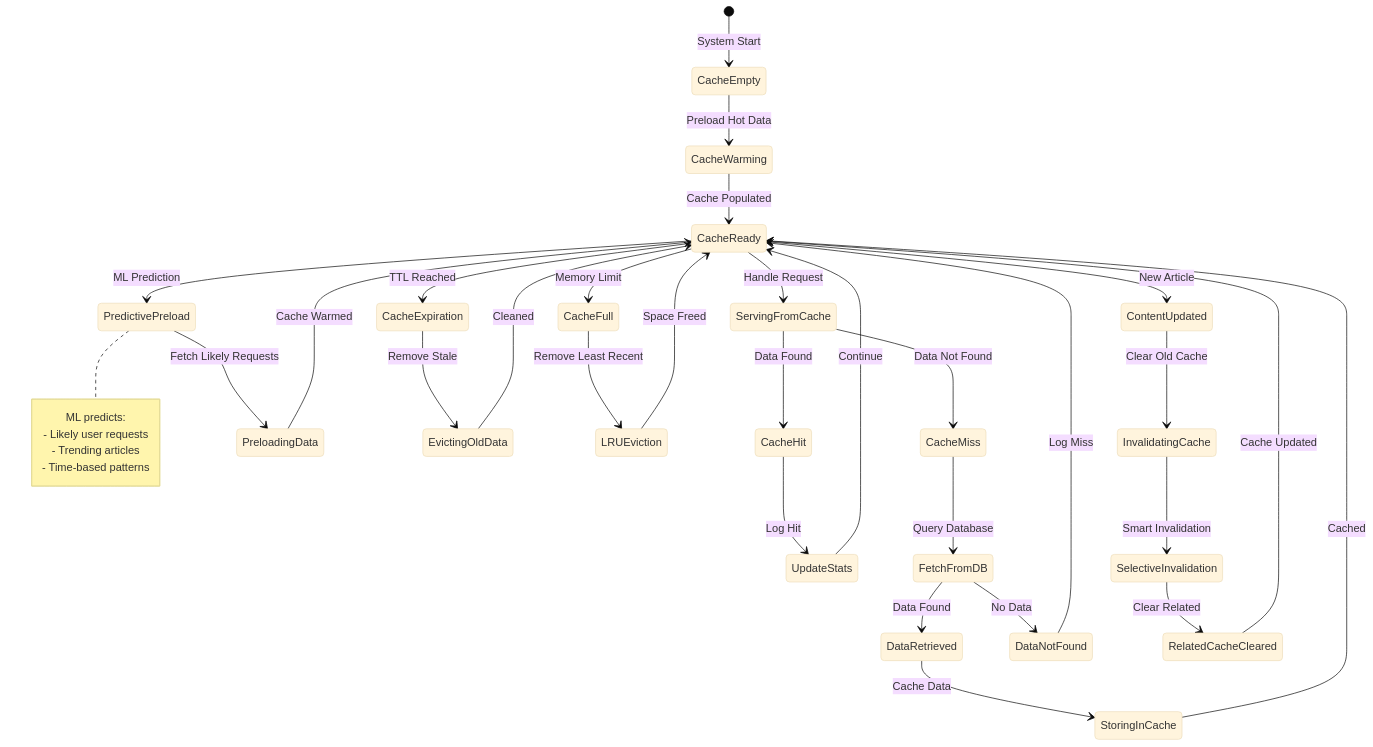
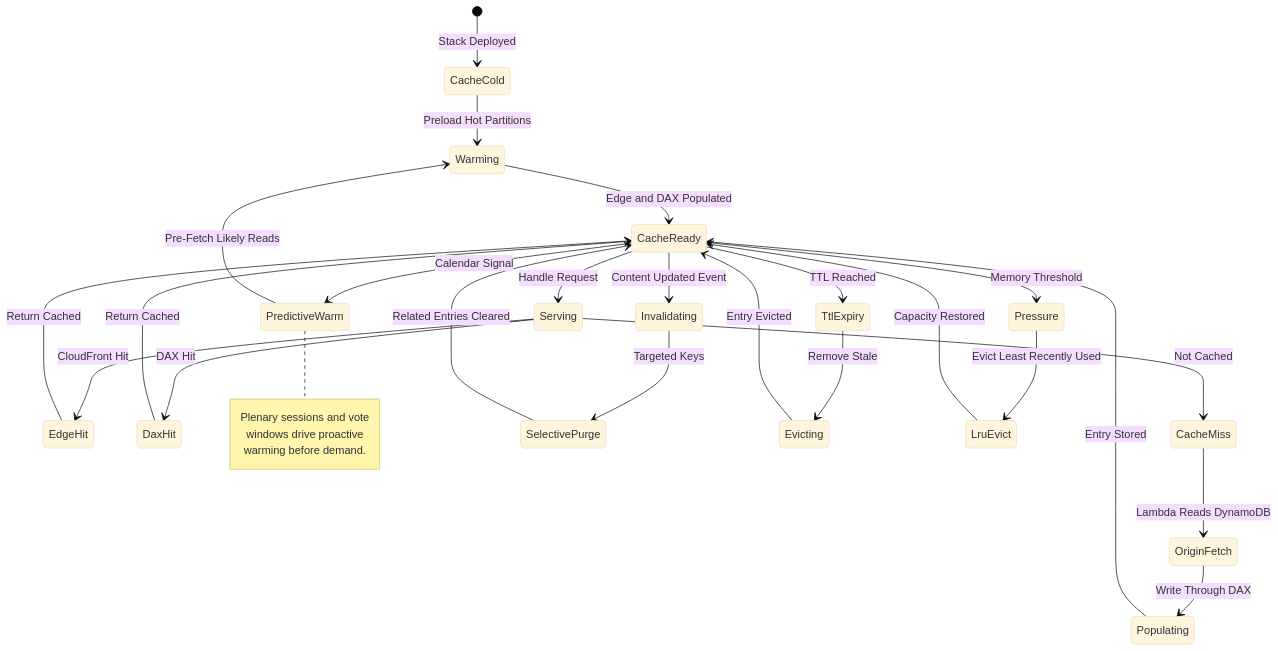
One commit to Hack23/euparliamentmonitor changed the eighth of 9 diagrams in FUTURE_STATEDIAGRAM.md. Above: the diagram before and after it, drawn with Mermaid (base theme). The commit also changed other lines of this file and 5 other files, not shown here.

Commit message:
docs: rewrite FUTURE architecture portfolio for v2.0/v3.0 all-in-AWS vision

````diff
--- a/FUTURE_STATEDIAGRAM.md
+++ b/FUTURE_STATEDIAGRAM.md
@@ -689,51 +530,40 @@
 ```mermaid
 stateDiagram-v2
-    [*] --> CacheEmpty: System Start
+    [*] --> CacheCold: Stack Deployed
 
-    CacheEmpty --> CacheWarming: Preload Hot Data
-    CacheWarming --> CacheReady: Cache Populated
+    CacheCold --> Warming: Preload Hot Partitions
+    Warming --> CacheReady: Edge and DAX Populated
 
-    CacheReady --> ServingFromCache: Handle Request
+    CacheReady --> Serving: Handle Request
+    Serving --> EdgeHit: CloudFront Hit
+    Serving --> DaxHit: DAX Hit
+    Serving --> CacheMiss: Not Cached
 
-    ServingFromCache --> CacheHit: Data Found
-    ServingFromCache --> CacheMiss: Data Not Found
+    EdgeHit --> CacheReady: Return Cached
+    DaxHit --> CacheReady: Return Cached
 
-    CacheHit --> UpdateStats: Log Hit
-    UpdateStats --> CacheReady: Continue
+    CacheMiss --> OriginFetch: Lambda Reads DynamoDB
+    OriginFetch --> Populating: Write Through DAX
+    Populating --> CacheReady: Entry Stored
 
-    CacheMiss --> FetchFromDB: Query Database
-    FetchFromDB --> DataRetrieved: Data Found
-    FetchFromDB --> DataNotFound: No Data
+    CacheReady --> Invalidating: Content Updated Event
+    Invalidating --> SelectivePurge: Targeted Keys
+    SelectivePurge --> CacheReady: Related Entries Cleared
 
-    DataRetrieved --> StoringInCache: Cache Data
-    StoringInCache --> CacheReady: Cached
+    CacheReady --> PredictiveWarm: Calendar Signal
+    PredictiveWarm --> Warming: Pre-Fetch Likely Reads
 
-    DataNotFound --> CacheReady: Log Miss
+    CacheReady --> TtlExpiry: TTL Reached
+    TtlExpiry --> Evicting: Remove Stale
+    Evicting --> CacheReady: Entry Evicted
 
-    CacheReady --> ContentUpdated: New Article
-    ContentUpdated --> InvalidatingCache: Clear Old Cache
+    CacheReady --> Pressure: Memory Threshold
+    Pressure --> LruEvict: Evict Least Recently Used
+    LruEvict --> CacheReady: Capacity Restored
 
-    InvalidatingCache --> SelectiveInvalidation: Smart Invalidation
-    SelectiveInvalidation --> RelatedCacheCleared: Clear Related
-
-    RelatedCacheCleared --> CacheReady: Cache Updated
-
-    CacheReady --> PredictivePreload: ML Prediction
-    PredictivePreload --> PreloadingData: Fetch Likely Requests
-    PreloadingData --> CacheReady: Cache Warmed
-
-    CacheReady --> CacheExpiration: TTL Reached
-    CacheExpiration --> EvictingOldData: Remove Stale
-    EvictingOldData --> CacheReady: Cleaned
-
-    CacheReady --> CacheFull: Memory Limit
-    CacheFull --> LRUEviction: Remove Least Recent
-    LRUEviction --> CacheReady: Space Freed
-
-    note right of PredictivePreload
-        ML predicts:
-        - Likely user requests
-        - Trending articles
-        - Time-based patterns
+    note right of PredictiveWarm
+        Plenary sessions and vote
+        windows drive proactive
+        warming before demand.
     end note
 ```
````
